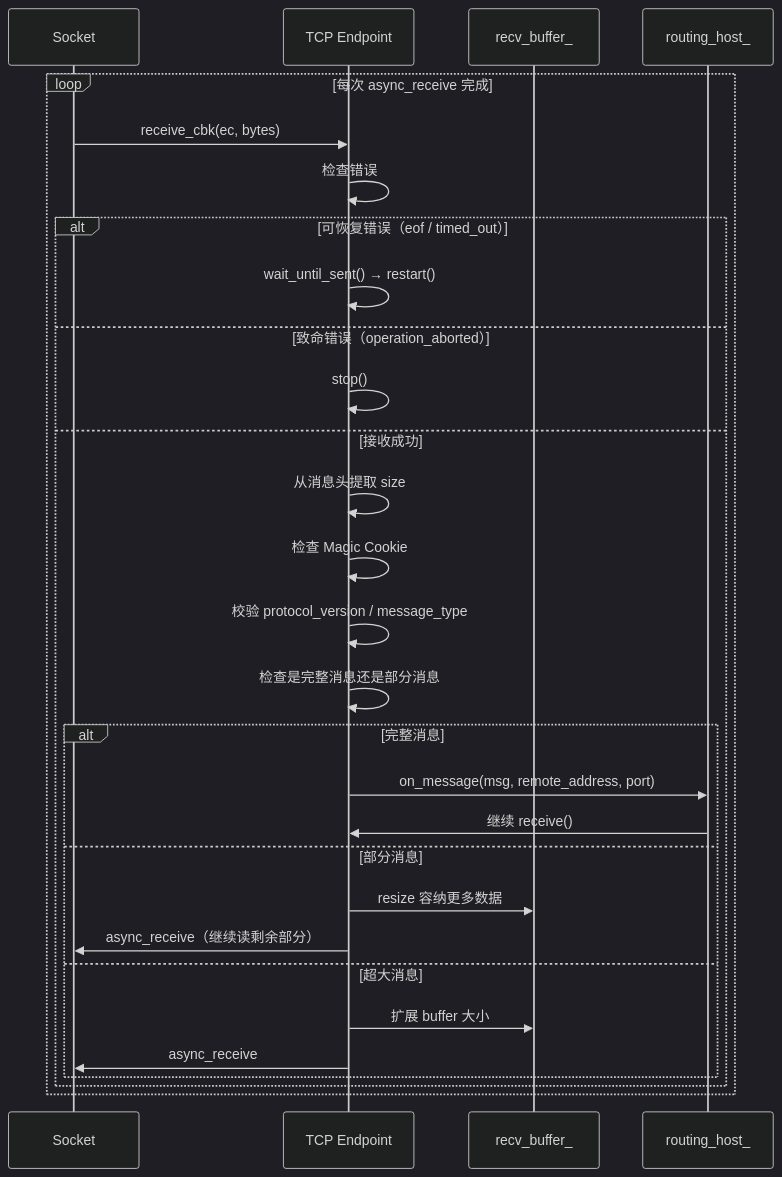
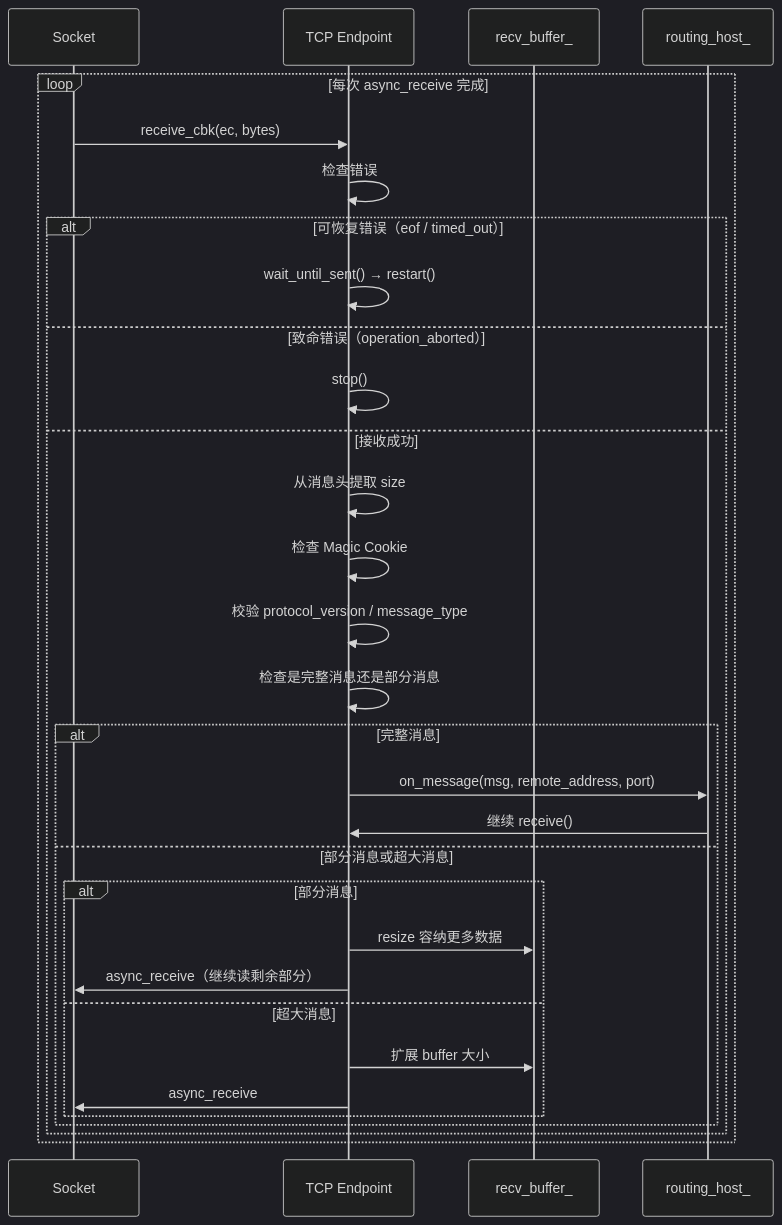
Before and after one commit to zhuhairong/vsomeip: diagram 11 of 21 in zhr/readme_ep.md, drawn with Mermaid (dark theme). The commit also changed other lines of this file, not shown here.

````diff
--- a/zhr/readme_ep.md
+++ b/zhr/readme_ep.md
@@ -501,32 +503,34 @@
 ```mermaid
 sequenceDiagram
     participant S as Socket
     participant EP as TCP Endpoint
     participant RB as recv_buffer_
     participant RH as routing_host_
 
     loop 每次 async_receive 完成
         S->>EP: receive_cbk(ec, bytes)
         EP->>EP: 检查错误
         alt 可恢复错误（eof / timed_out）
             EP->>EP: wait_until_sent() → restart()
         else 致命错误（operation_aborted）
             EP->>EP: stop()
         else 接收成功
             EP->>EP: 从消息头提取 size
             EP->>EP: 检查 Magic Cookie
             EP->>EP: 校验 protocol_version / message_type
             EP->>EP: 检查是完整消息还是部分消息
             alt 完整消息
                 EP->>RH: on_message(msg, remote_address, port)
                 RH->>EP: 继续 receive()
-            else 部分消息
-                EP->>RB: resize 容纳更多数据
-                EP->>S: async_receive（继续读剩余部分）
-            else 超大消息
-                EP->>RB: 扩展 buffer 大小
-                EP->>S: async_receive
+            else 部分消息或超大消息
+                alt 部分消息
+                    EP->>RB: resize 容纳更多数据
+                    EP->>S: async_receive（继续读剩余部分）
+                else 超大消息
+                    EP->>RB: 扩展 buffer 大小
+                    EP->>S: async_receive
+                end
             end
         end
     end
 ```
````
